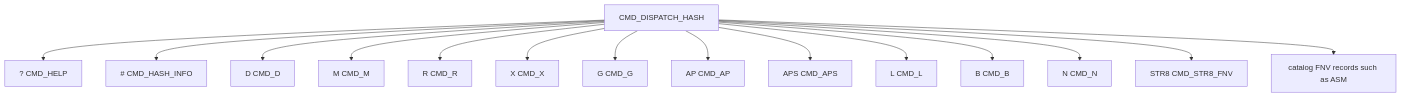
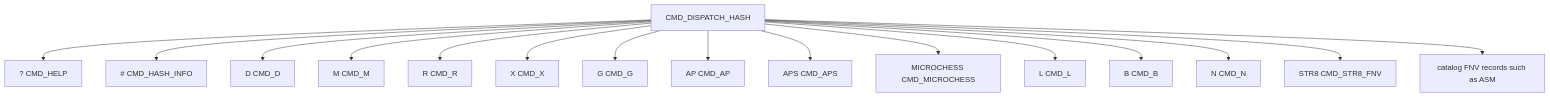
The seventh of 19 diagrams in DOC/GUIDES/HIMON/HIMON_MAP.md (95westus/R-YORS), drawn with Mermaid before and after one commit. The commit also changed other lines of this file and 10 other files, not shown here.

````diff
--- a/DOC/GUIDES/HIMON/HIMON_MAP.md
+++ b/DOC/GUIDES/HIMON/HIMON_MAP.md
@@ -156,17 +156,18 @@
 ```mermaid
 flowchart TD
     DISPATCH[CMD_DISPATCH_HASH] --> HELP[? CMD_HELP]
     DISPATCH --> HASHINFO[# CMD_HASH_INFO]
     DISPATCH --> D[D CMD_D]
     DISPATCH --> M[M CMD_M]
     DISPATCH --> R[R CMD_R]
     DISPATCH --> X[X CMD_X]
     DISPATCH --> G[G CMD_G]
     DISPATCH --> AP[AP CMD_AP]
     DISPATCH --> APS[APS CMD_APS]
+    DISPATCH --> MICRO[MICROCHESS CMD_MICROCHESS]
     DISPATCH --> L[L CMD_L]
     DISPATCH --> B[B CMD_B]
     DISPATCH --> N[N CMD_N]
     DISPATCH --> STR8[STR8 CMD_STR8_FNV]
     DISPATCH --> EXTERNAL[catalog FNV records such as ASM]
 ```
````
